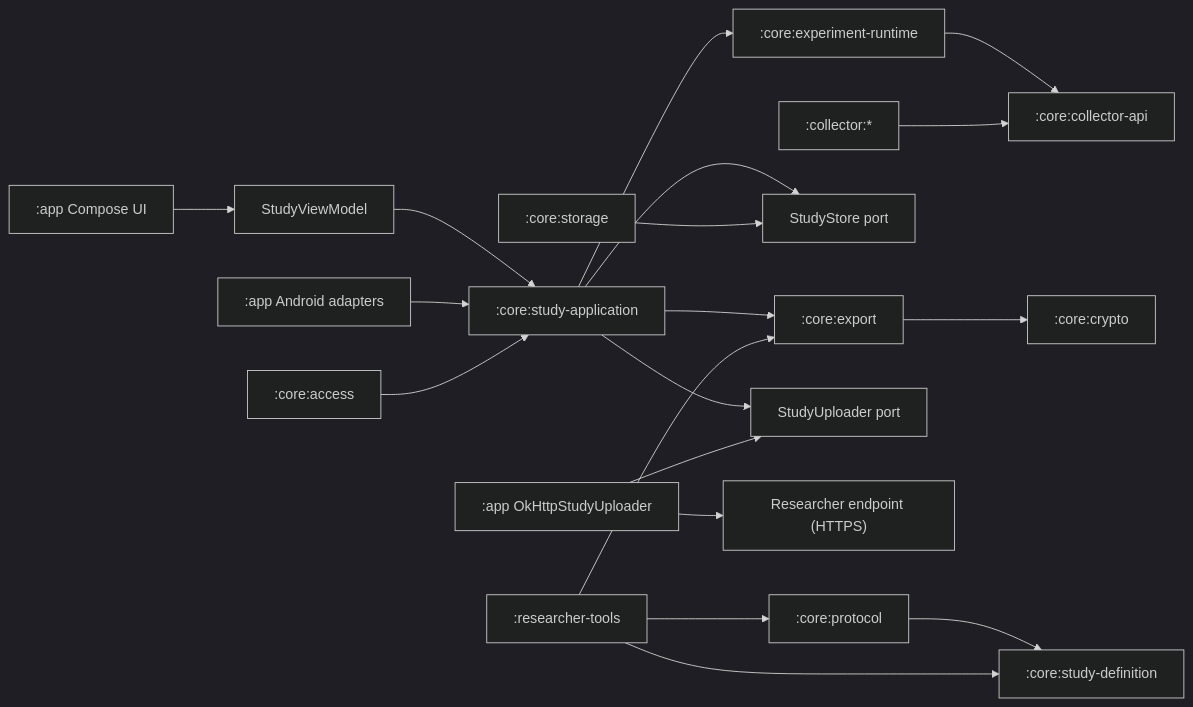
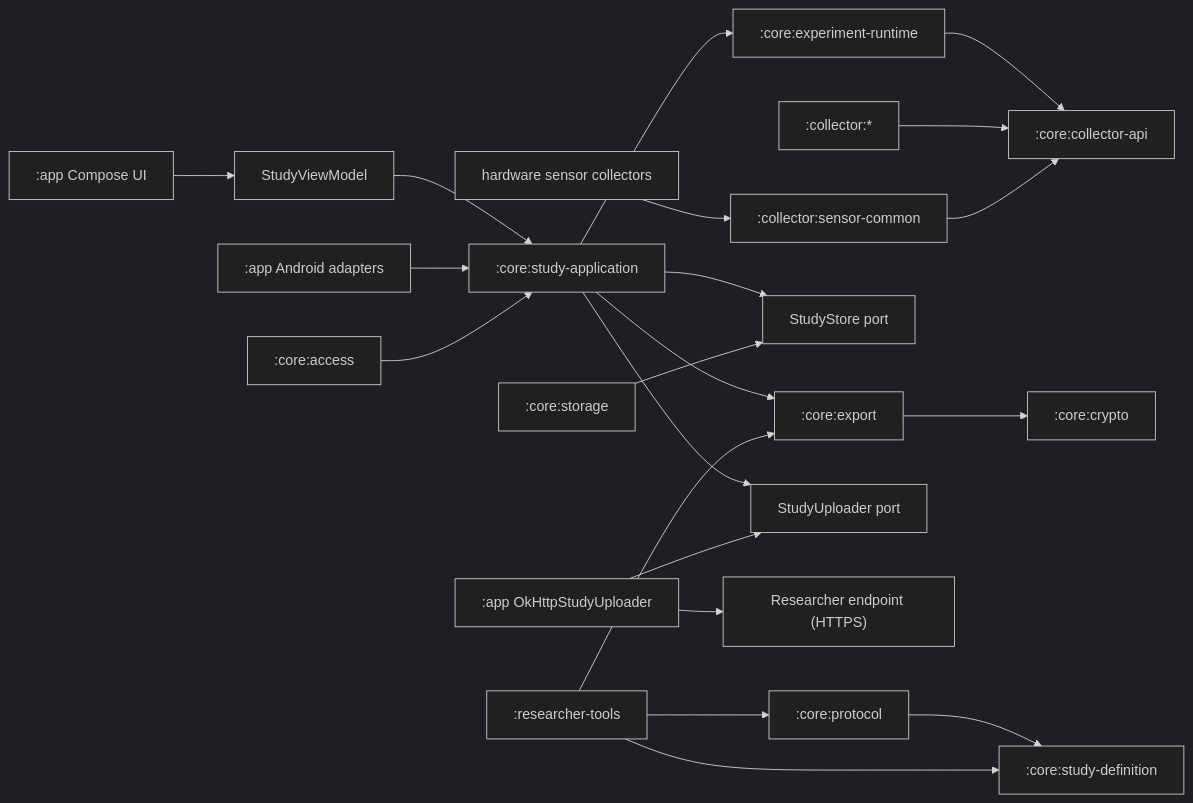
The first of 2 diagrams in docs/system-design.md (JacobLinCool/particeps), drawn with Mermaid (dark theme) before and after one commit. The commit also changed other lines of this file and 13 other files, not shown here.

First line of the commit message:
Align CI and documentation with the P0-P2 architecture

````diff
--- a/docs/system-design.md
+++ b/docs/system-design.md
@@ -45,21 +51,23 @@
 ```mermaid
 flowchart LR
     UI[":app Compose UI"] --> VM["StudyViewModel"]
     VM --> Session[":core:study-application"]
     Session --> Runtime[":core:experiment-runtime"]
     Runtime --> API[":core:collector-api"]
     Collectors[":collector:*"] --> API
+    SensorCollectors["hardware sensor collectors"] --> SensorCommon[":collector:sensor-common"]
+    SensorCommon --> API
     Session --> StorePort["StudyStore port"]
     Storage[":core:storage"] --> StorePort
     Session --> Export[":core:export"]
     Export --> Crypto[":core:crypto"]
     Session --> UploadPort["StudyUploader port"]
     Uploader[":app OkHttpStudyUploader"] --> UploadPort
     Uploader --> Endpoint["Researcher endpoint (HTTPS)"]
     Android[":app Android adapters"] --> Session
     Access[":core:access"] --> Session
     Protocol[":core:protocol"] --> Definition[":core:study-definition"]
     Tools[":researcher-tools"] --> Definition
     Tools --> Protocol
     Tools --> Export
 ```
````
